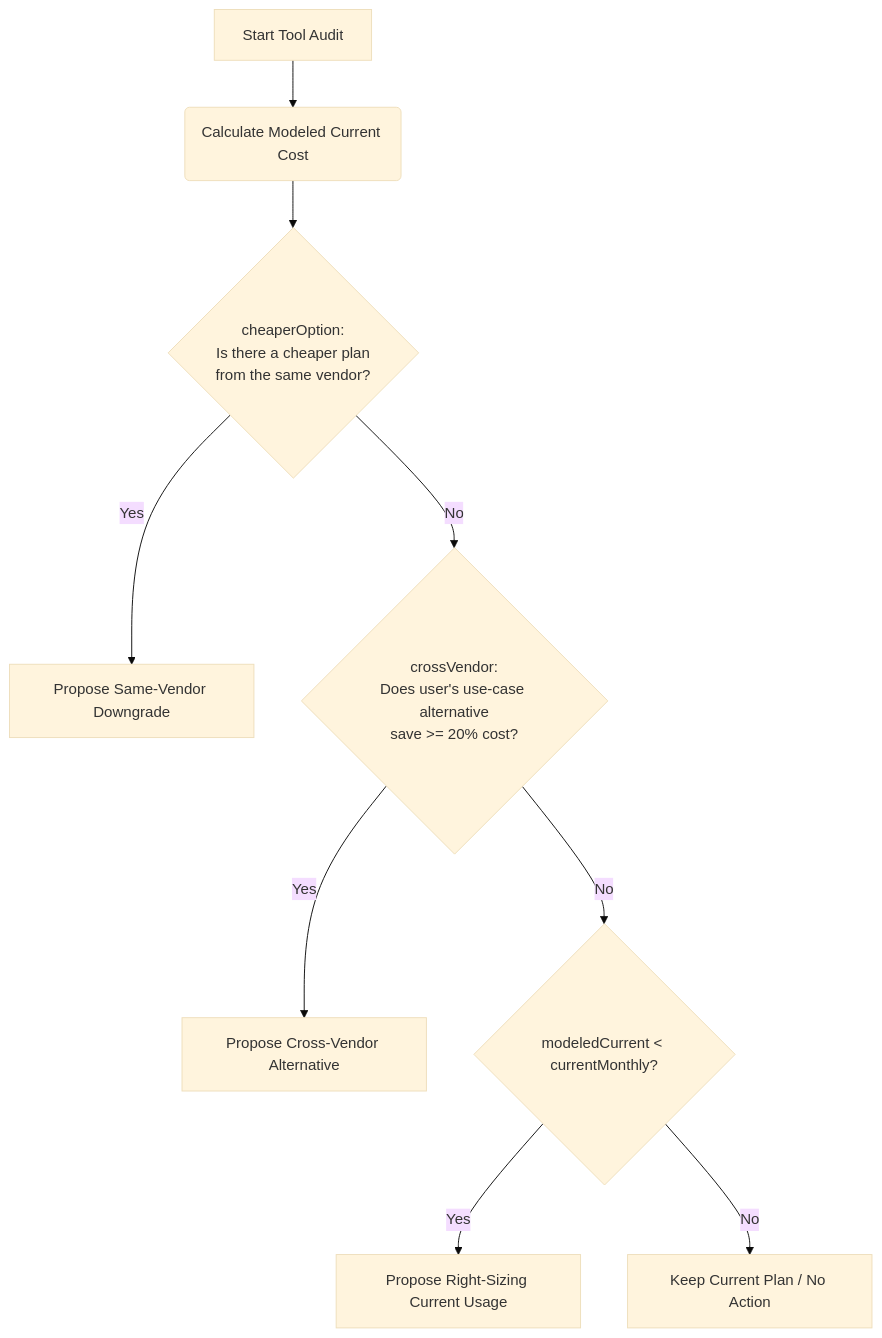
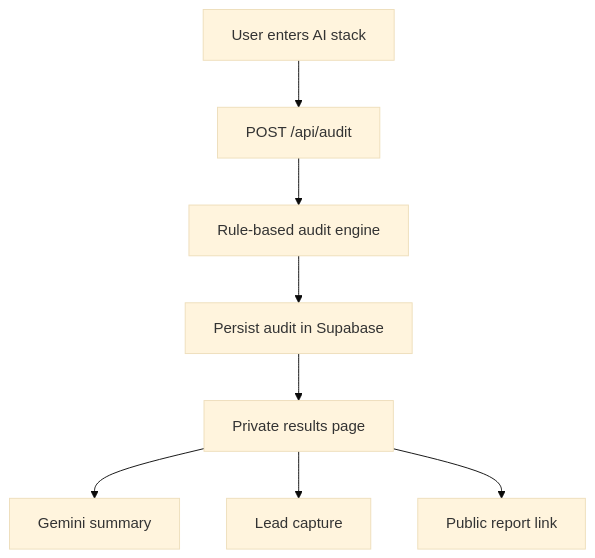
One commit to Harsh6931/Lucent changed the diagram in README.md. Above: the diagram before and after it, drawn with Mermaid (base theme). The commit also changed other lines of this file and 3 other files, not shown here.

````diff
--- a/README.md
+++ b/README.md
@@ -146,11 +103,10 @@
 ```mermaid
 graph TD
-    A[Start Tool Audit] --> B(Calculate Modeled Current Cost)
-    B --> C{cheaperOption:<br/>Is there a cheaper plan<br/>from the same vendor?}
-    C -- Yes --> D[Propose Same-Vendor Downgrade]
-    C -- No --> E{crossVendor:<br/>Does user's use-case alternative<br/>save >= 20% cost?}
-    E -- Yes --> F[Propose Cross-Vendor Alternative]
-    E -- No --> G{modeledCurrent < currentMonthly?}
-    G -- Yes --> H[Propose Right-Sizing Current Usage]
-    G -- No --> I[Keep Current Plan / No Action]
+    A[User enters AI stack] --> B[POST /api/audit]
+    B --> C[Rule-based audit engine]
+    C --> D[Persist audit in Supabase]
+    D --> E[Private results page]
+    E --> F[Gemini summary]
+    E --> G[Lead capture]
+    E --> H[Public report link]
 ```
````
